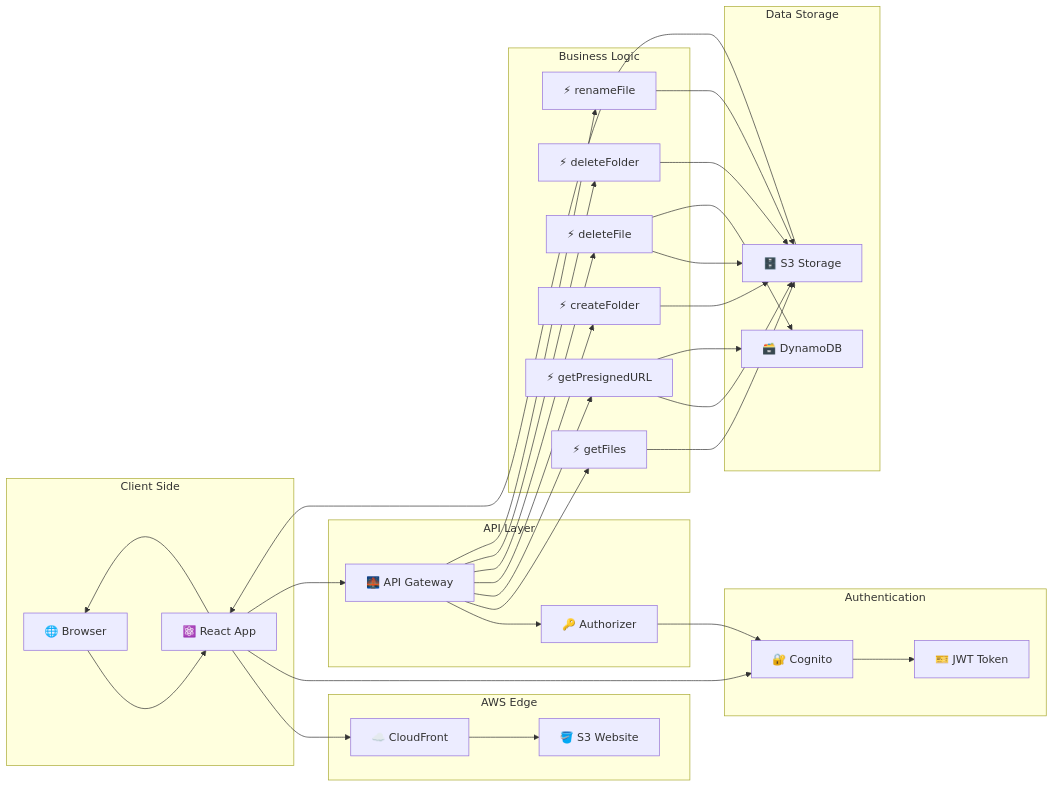
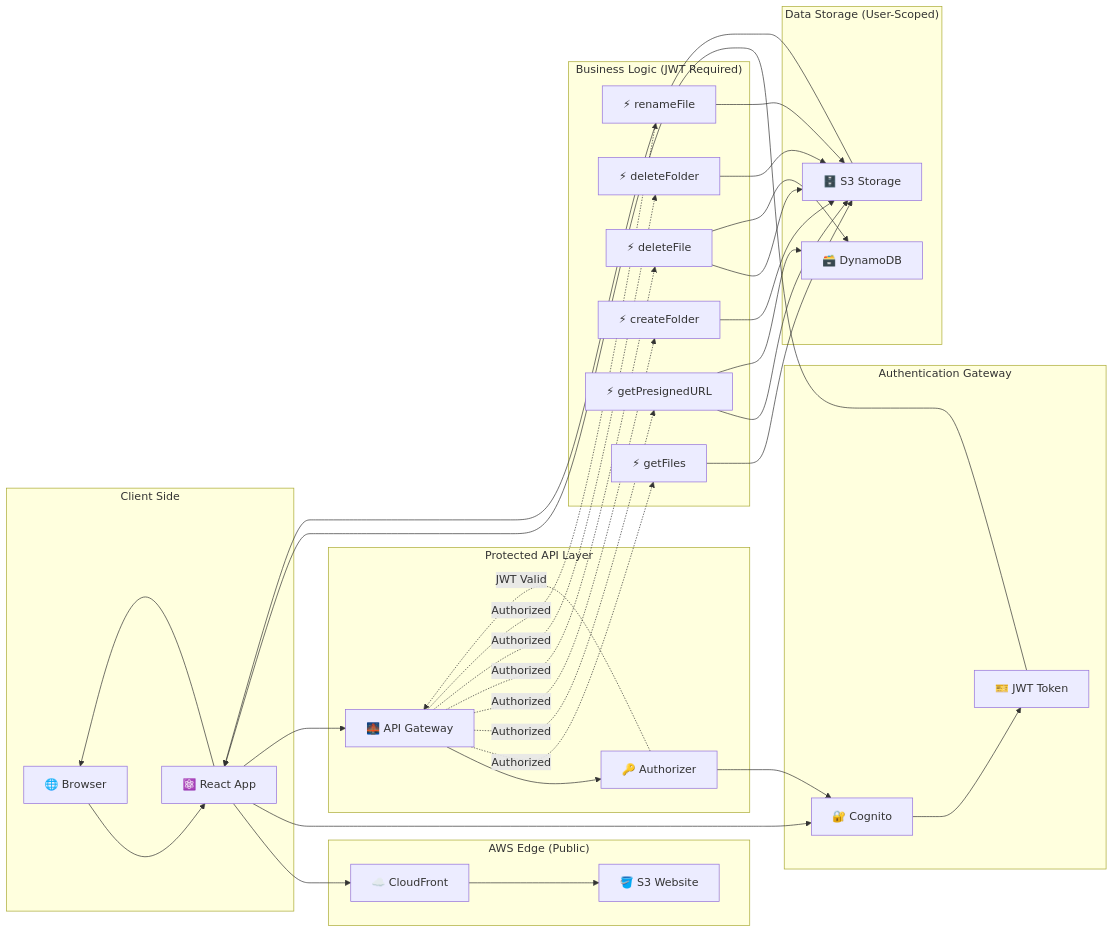
The fourth of 10 diagrams in ARCHITECTURE_DIAGRAMS.md (SanjeevGO123/drive-clone), drawn with Mermaid before and after one commit. The commit also changed other lines of this file, not shown here.

Commit message:
updated diagrams

````diff
--- a/ARCHITECTURE_DIAGRAMS.md
+++ b/ARCHITECTURE_DIAGRAMS.md
@@ -216,66 +215,73 @@
 ```mermaid
 flowchart LR
     subgraph "Client Side"
         Browser[🌐 Browser]
         React[⚛️ React App]
     end
     
-    subgraph "AWS Edge"
+    subgraph "AWS Edge (Public)"
         CF[☁️ CloudFront]
         S3Web[🪣 S3 Website]
     end
     
-    subgraph "Authentication"
+    subgraph "Authentication Gateway"
         Cognito[🔐 Cognito]
         JWT[🎫 JWT Token]
     end
     
-    subgraph "API Layer"
+    subgraph "Protected API Layer"
         APIGW[🌉 API Gateway]
         Auth[🔑 Authorizer]
     end
     
-    subgraph "Business Logic"
+    subgraph "Business Logic (JWT Required)"
         L1[⚡ getFiles]
         L2[⚡ getPresignedURL]
         L3[⚡ createFolder]
         L4[⚡ deleteFile]
         L5[⚡ deleteFolder]
         L6[⚡ renameFile]
     end
     
-    subgraph "Data Storage"
+    subgraph "Data Storage (User-Scoped)"
         S3[🗄️ S3 Storage]
         DDB[🗃️ DynamoDB]
     end
     
+    %% Public Access Flow
     Browser --> React
     React --> CF
     CF --> S3Web
     
+    %% Authentication Required Flow
     React --> Cognito
     Cognito --> JWT
+    JWT --> React
     
+    %% Protected API Access (JWT Required)
     React --> APIGW
     APIGW --> Auth
     Auth --> Cognito
+    Auth -.->|JWT Valid| APIGW
     
-    APIGW --> L1
-    APIGW --> L2
-    APIGW --> L3
-    APIGW --> L4
-    APIGW --> L5
-    APIGW --> L6
+    %% Business Logic (Only After Auth)
+    APIGW -.->|Authorized| L1
+    APIGW -.->|Authorized| L2
+    APIGW -.->|Authorized| L3
+    APIGW -.->|Authorized| L4
+    APIGW -.->|Authorized| L5
+    APIGW -.->|Authorized| L6
     
+    %% Data Access (User-Scoped)
     L1 --> S3
     L2 --> S3
     L2 --> DDB
     L3 --> S3
     L4 --> S3
     L4 --> DDB
     L5 --> S3
     L6 --> S3
     
     S3 --> React
     React --> Browser
 ```
````
